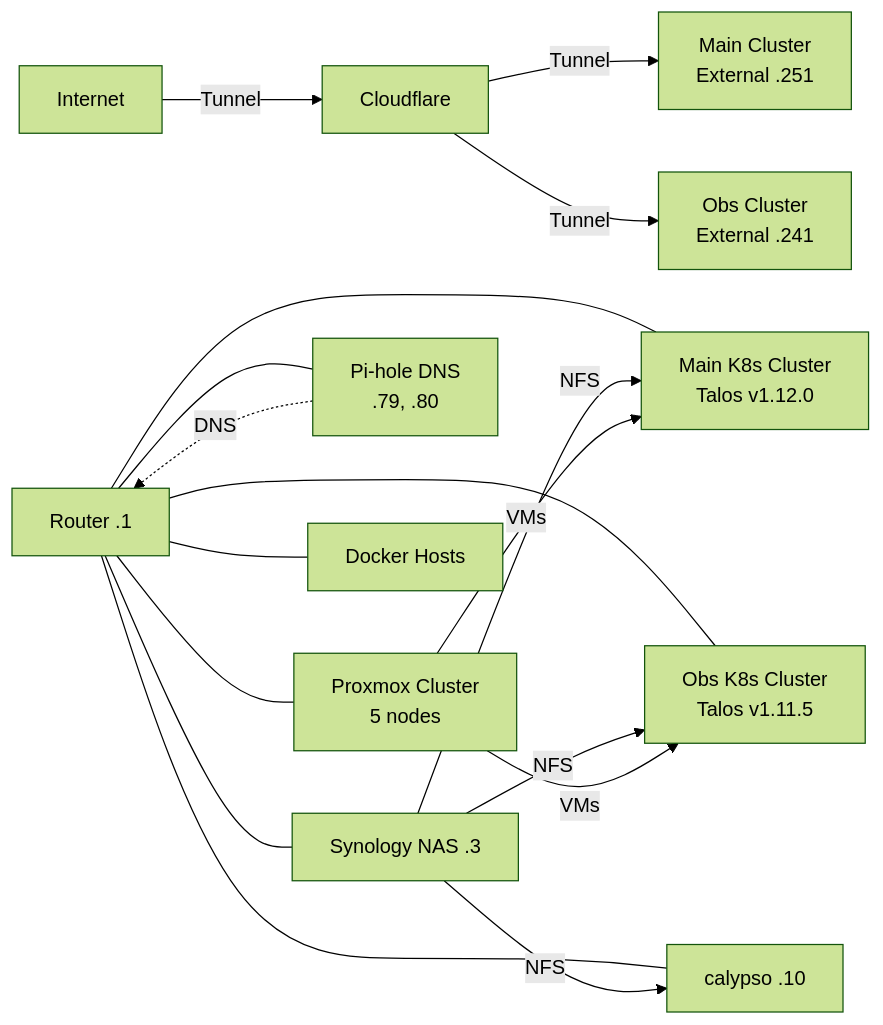
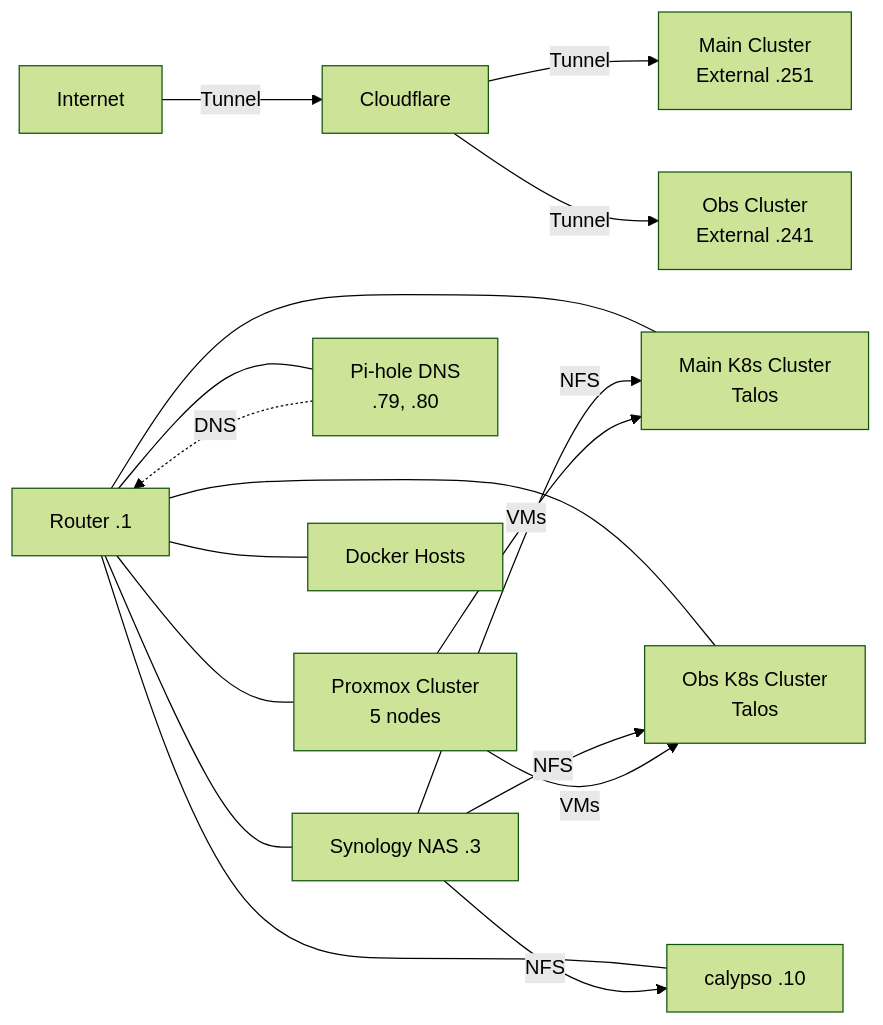
The first of 4 diagrams in docs/infrastructure-diagram.md (casmith/home-ops), drawn with Mermaid (forest theme) before and after one commit. The commit also changed other lines of this file and 2 other files, not shown here.

Commit message:
diagram cleanup

````diff
--- a/docs/infrastructure-diagram.md
+++ b/docs/infrastructure-diagram.md
@@ -5,21 +5,21 @@
 ```mermaid
 graph LR
     Internet[Internet] -->|Tunnel| CF[Cloudflare]
     CF -->|Tunnel| MainGW[Main Cluster<br/>External .251]
     CF -->|Tunnel| ObsGW[Obs Cluster<br/>External .241]
 
     Router[Router .1] --- NAS[Synology NAS .3]
     Router --- PiHole[Pi-hole DNS<br/>.79, .80]
     Router --- Calypso[calypso .10]
     Router --- Proxmox[Proxmox Cluster<br/>5 nodes]
-    Router --- MainK8s[Main K8s Cluster<br/>Talos v1.12.0]
-    Router --- ObsK8s[Obs K8s Cluster<br/>Talos v1.11.5]
+    Router --- MainK8s[Main K8s Cluster<br/>Talos]
+    Router --- ObsK8s[Obs K8s Cluster<br/>Talos]
     Router --- Docker[Docker Hosts]
 
     PiHole -.->|DNS| Router
     NAS -->|NFS| MainK8s
     NAS -->|NFS| ObsK8s
     NAS -->|NFS| Calypso
     Proxmox -->|VMs| MainK8s
     Proxmox -->|VMs| ObsK8s
 ```
````
